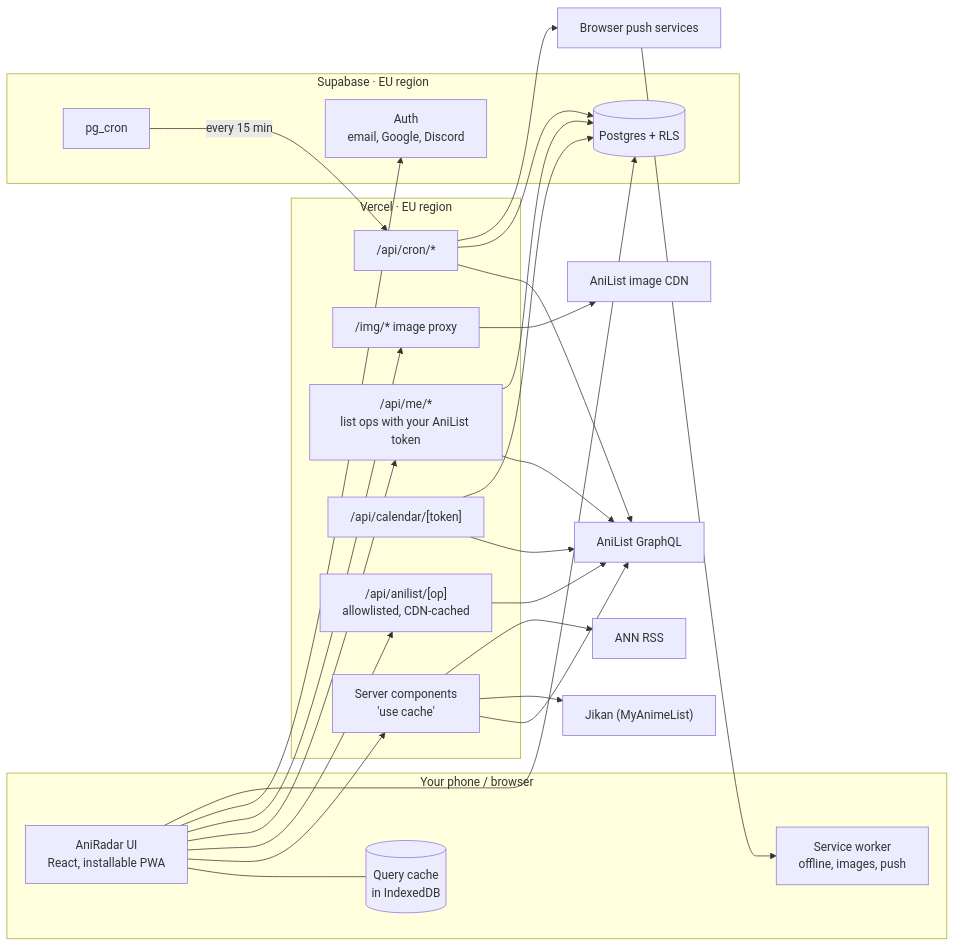
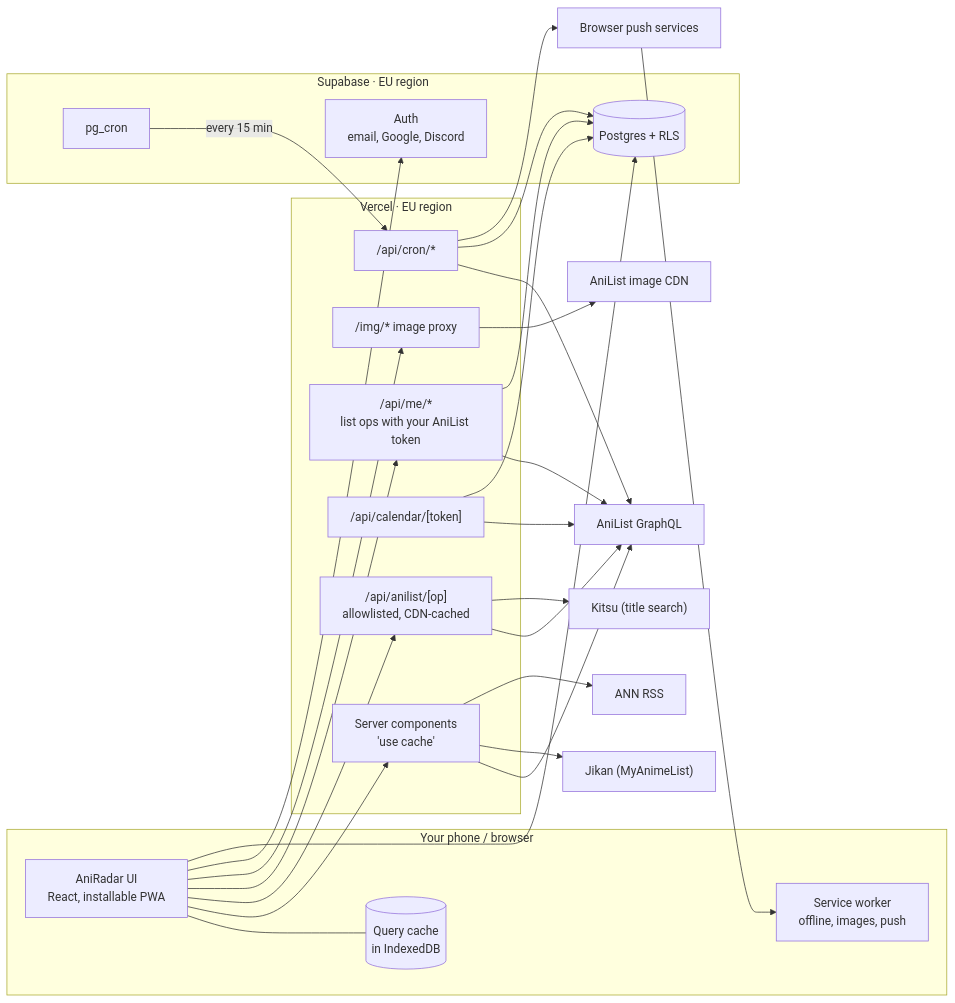
The first of 2 diagrams in PLAN.md (malin-sommar/AniRadar), drawn with Mermaid before and after one commit. The commit also changed other lines of this file and 63 other files, not shown here.

````diff
--- a/PLAN.md
+++ b/PLAN.md
@@ -141,36 +141,38 @@
 ```mermaid
 flowchart LR
   subgraph device["Your phone / browser"]
     ui["AniRadar UI<br/>React, installable PWA"]
     idb[("Query cache<br/>in IndexedDB")]
     sw["Service worker<br/>offline, images, push"]
   end
   subgraph vercel["Vercel · EU region"]
     rsc["Server components<br/>'use cache'"]
     bff["/api/anilist/[op]<br/>allowlisted, CDN-cached"]
     me["/api/me/*<br/>list ops with your AniList token"]
     cal["/api/calendar/[token]"]
     cron["/api/cron/*"]
     img["/img/* image proxy"]
   end
   subgraph supa["Supabase · EU region"]
     auth["Auth<br/>email, Google, Discord"]
     db[("Postgres + RLS")]
     pgcron["pg_cron"]
   end
   anilist["AniList GraphQL"]
   cdn["AniList image CDN"]
   jikan["Jikan (MyAnimeList)"]
+  kitsu["Kitsu (title search)"]
   ann["ANN RSS"]
   push["Browser push services"]
 
   ui --- idb
   ui --> rsc & bff & me & img
   ui --> auth & db
   rsc & bff & me & cal & cron --> anilist
   rsc --> jikan & ann
+  bff --> kitsu
   img --> cdn
   me & cal & cron --> db
   pgcron -- every 15 min --> cron
   cron --> push --> sw
 ```
````
